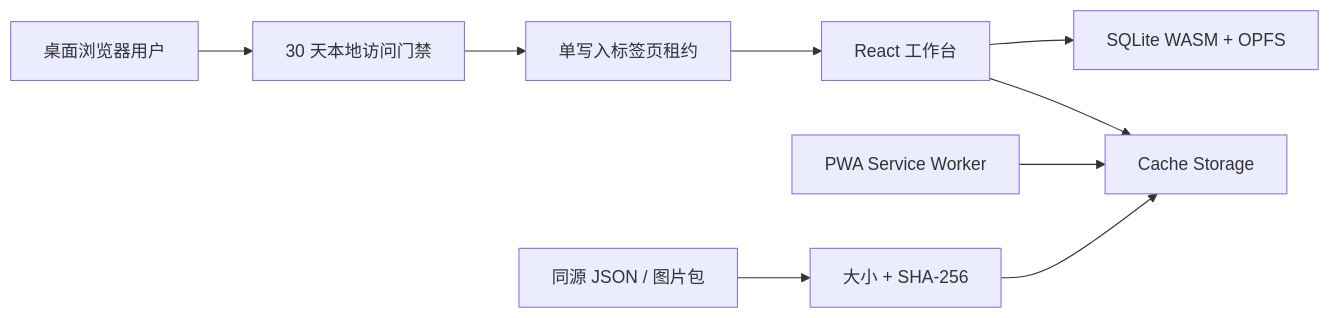
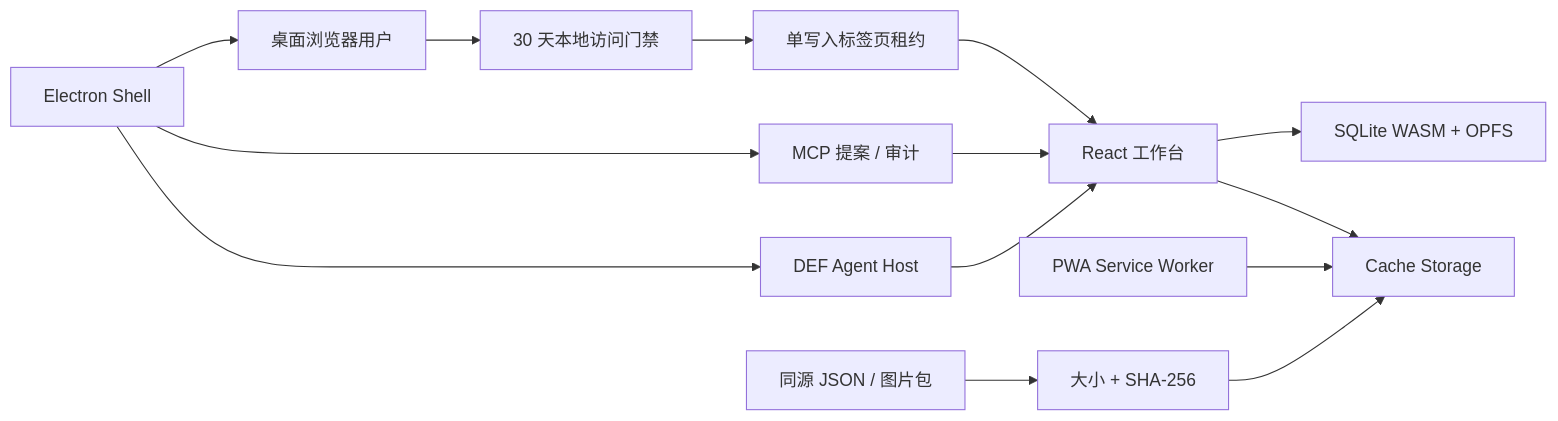
One commit to Pandluto/dmg-end-field changed the diagram in docs/architecture/overview.md. Above: the diagram before and after it, drawn with Mermaid. The commit also changed other lines of this file and 16 other files, not shown here.

````diff
--- a/docs/architecture/overview.md
+++ b/docs/architecture/overview.md
@@ -7,11 +7,16 @@
 ```mermaid
 flowchart LR
   User["桌面浏览器用户"] --> Gate["30 天本地访问门禁"]
   Gate --> Lease["单写入标签页租约"]
   Lease --> UI["React 工作台"]
   UI --> DB["SQLite WASM + OPFS"]
   UI --> Cache["Cache Storage"]
   SW["PWA Service Worker"] --> Cache
   Packages["同源 JSON / 图片包"] --> Verify["大小 + SHA-256"]
   Verify --> Cache
+  Shell["Electron Shell"] --> User
+  Shell --> MCP["MCP 提案 / 审计"]
+  Shell --> Agent["DEF Agent Host"]
+  MCP --> UI
+  Agent --> UI
 ```
````
